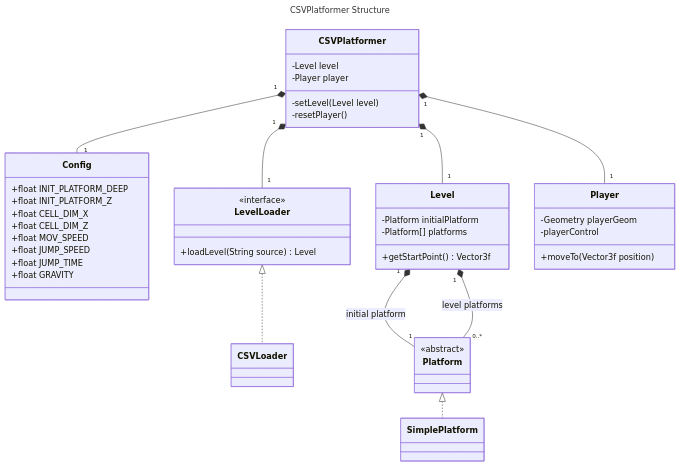
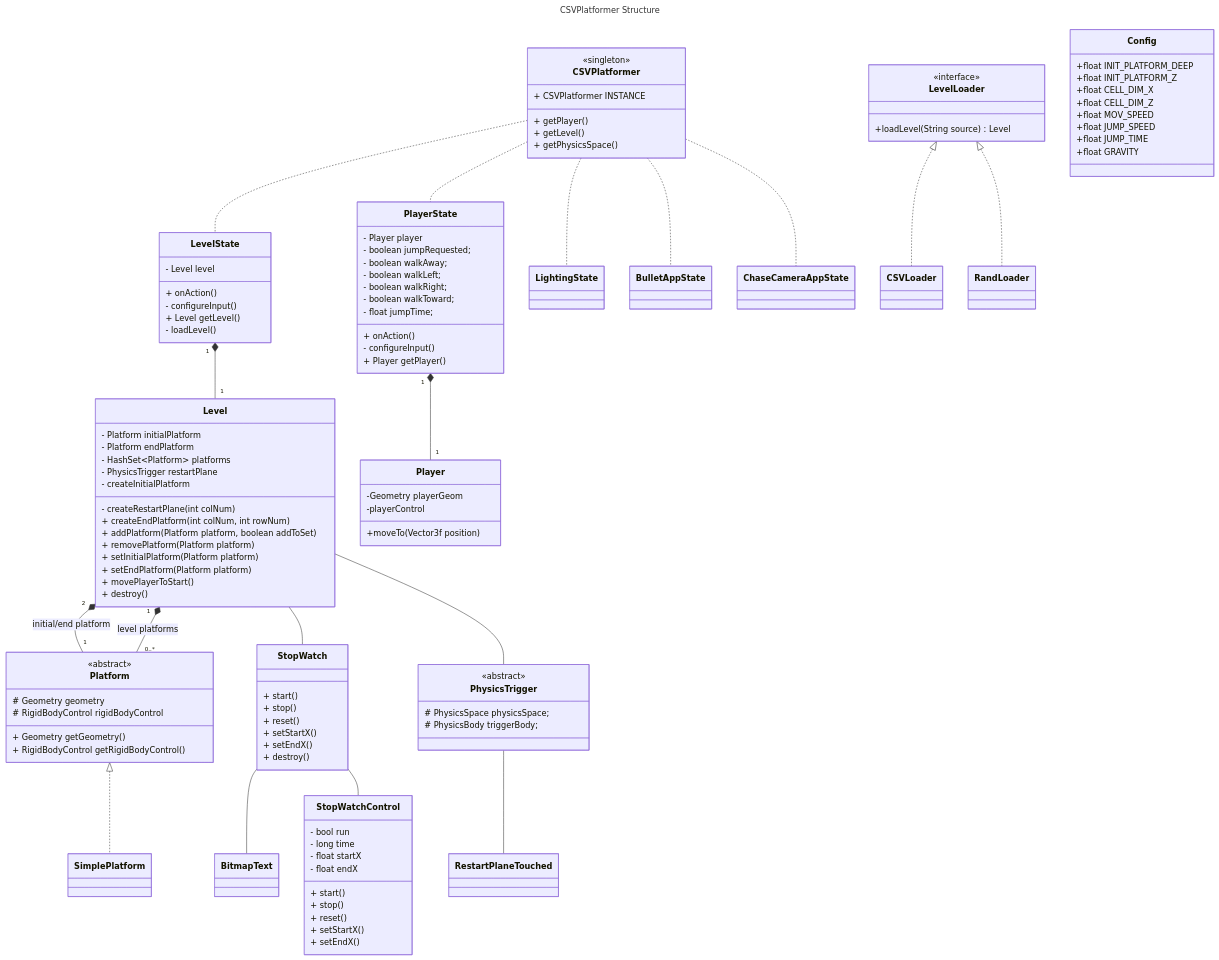
One commit to SrGnis/CSVPlatformer changed the diagram in docs/uml/structure.mmd. Above: the diagram before and after it, drawn with Mermaid. The commit also changed 10 other files, not shown here.

```diff
--- a/docs/uml/structure.mmd
+++ b/docs/uml/structure.mmd
@@ -1,48 +1,119 @@
 ---
 title: CSVPlatformer Structure
 ---
 classDiagram
+    class LevelState {
+        - Level level
+        + onAction()
+        - configureInput()
+        + Level getLevel()
+        - loadLevel()
+    }
+    class LightingState
+    class LightingState
+    class PlayerState {
+        - Player player
+        - boolean jumpRequested;
+        - boolean walkAway;
+        - boolean walkLeft;
+        - boolean walkRight;
+        - boolean walkToward;
+        - float jumpTime;
+        + onAction()
+        - configureInput()
+        + Player getPlayer()
+    }
+    class BulletAppState
     class CSVPlatformer {
-        -Level level
-        -Player player
-        -setLevel(Level level)
-        -resetPlayer()
+        <<singleton>>
+        + CSVPlatformer INSTANCE
+        + getPlayer()
+        + getLevel()
+        + getPhysicsSpace()
     }
+    class LevelLoader {
+        <<interface>>
+        +loadLevel(String source) Level
+    }
+    class CSVLoader
+    class RandLoader
+    class Level {
+        - Platform initialPlatform
+        - Platform endPlatform
+        - HashSet~Platform~ platforms
+        - PhysicsTrigger restartPlane
+        - createRestartPlane(int colNum)
+        - createInitialPlatform
+        + createEndPlatform(int colNum, int rowNum)
+        + addPlatform(Platform platform, boolean addToSet)
+        + removePlatform(Platform platform)
+        + setInitialPlatform(Platform platform)
+        + setEndPlatform(Platform platform)
+        + movePlayerToStart()
+        + destroy()
+    }
+    class Player {
+        -Geometry playerGeom
+        -playerControl
+        +moveTo(Vector3f position)
+    }
+    class Platform {
+        <<abstract>>
+        # Geometry geometry
+        # RigidBodyControl rigidBodyControl
+        + Geometry getGeometry()
+        + RigidBodyControl getRigidBodyControl()
+    }
+    class SimplePlatform
     class Config {
         +float INIT_PLATFORM_DEEP
         +float INIT_PLATFORM_Z
         +float CELL_DIM_X
         +float CELL_DIM_Z
         +float MOV_SPEED
         +float JUMP_SPEED
         +float JUMP_TIME
         +float GRAVITY
     }
-    class LevelLoader {
-        <<interface>>
-        +loadLevel(String source) Level
+    class StopWatch {
+        + start()
+        + stop()
+        + reset()
+        + setStartX()
+        + setEndX()
+        + destroy()
     }
-    class CSVLoader
-    class Level {
-        -Platform initialPlatform
-        -Platform[] platforms
-        +getStartPoint() Vector3f
+    class StopWatchControl {
+        - bool run
+        - long time
+        - float startX
+        - float endX
+        + start()
+        + stop()
+        + reset()
+        + setStartX()
+        + setEndX()
     }
-    class Player {
-        -Geometry playerGeom
-        -playerControl
-        +moveTo(Vector3f position)
+    class PhysicsTrigger {
+        <<abstract>>
+        # PhysicsSpace physicsSpace;
+        # PhysicsBody triggerBody;
     }
-    class Platform {
-        <<abstract>>
-    }
-    class SimplePlatform
 
-    CSVPlatformer "1" *-- "1" Config
-    CSVPlatformer "1" *-- "1" LevelLoader
+    CSVPlatformer .. LevelState
+    CSVPlatformer .. PlayerState
+    CSVPlatformer .. LightingState
+    CSVPlatformer .. BulletAppState
+    CSVPlatformer .. ChaseCameraAppState
     LevelLoader <|.. CSVLoader
-    CSVPlatformer "1" *-- "1" Level
-    CSVPlatformer "1" *-- "1" Player
-    Level "1" *-- "1" Platform: initial platform
+    LevelLoader <|.. RandLoader
+    LevelState "1" *-- "1" Level
+    Level "2" *-- "1" Platform: initial/end platform
     Level "1" *-- "0..*" Platform: level platforms
     Platform <|.. SimplePlatform
+    Level -- StopWatch
+    StopWatch -- BitmapText
+    StopWatch -- StopWatchControl
+    Level -- PhysicsTrigger
+    PhysicsTrigger -- RestartPlaneTouched
+    PlayerState "1" *-- "1" Player
```
